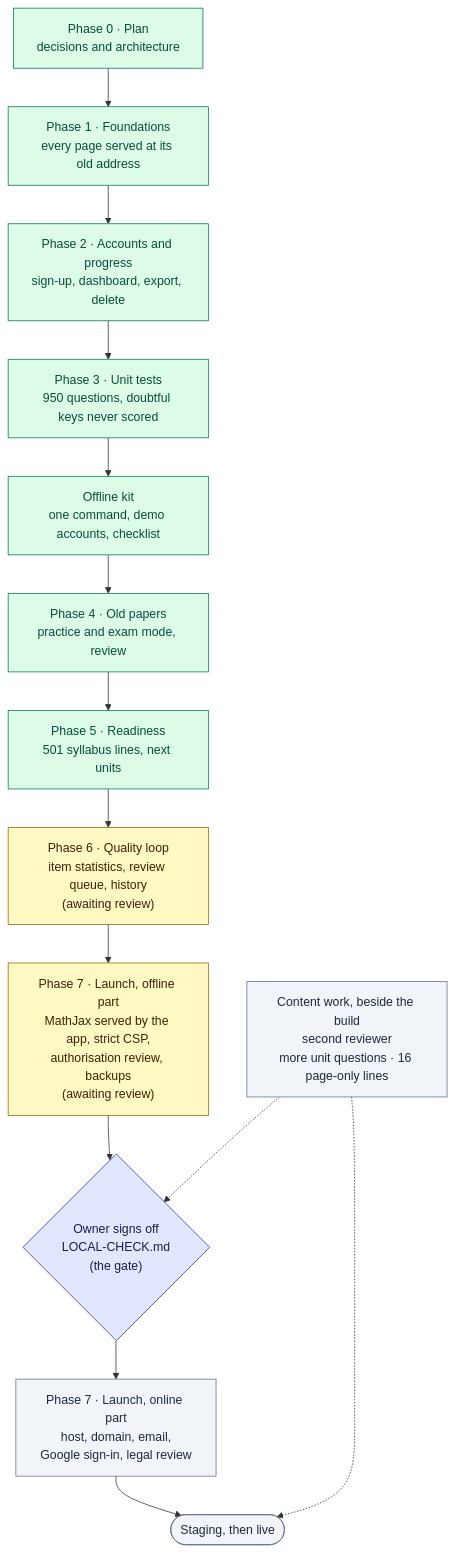
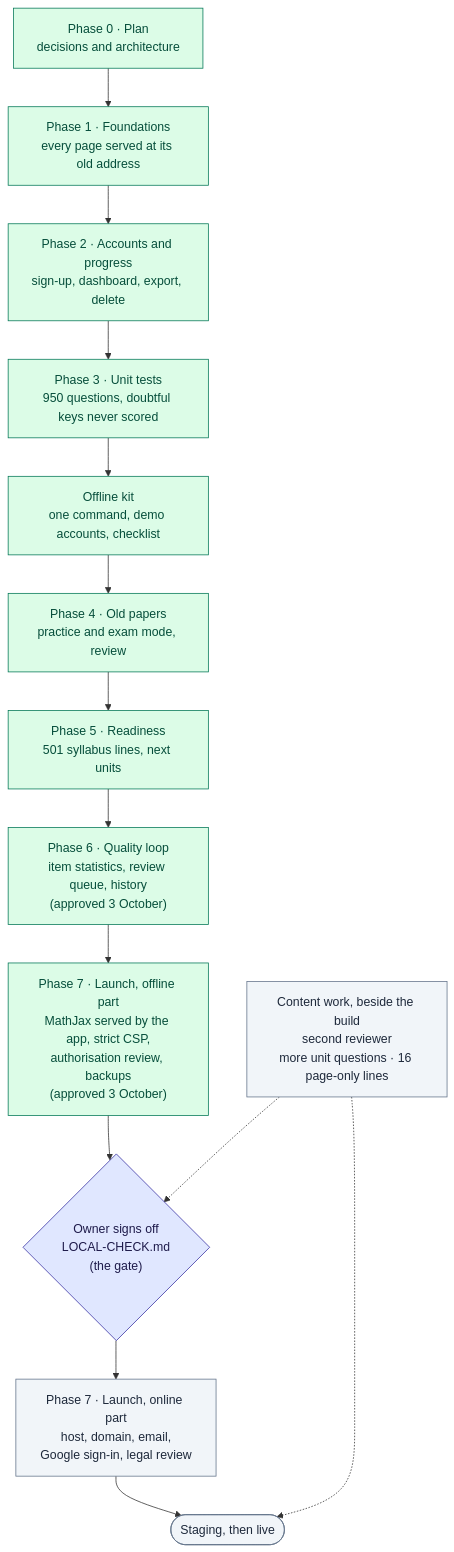
One commit to nrstatlab/planning-for-future changed the diagram in Webapp/PROJECT-STATUS.md. Above: the diagram before and after it, drawn with Mermaid. The commit also changed other lines of this file and 5 other files, not shown here.

First line of the commit message:
UGC NET Paper I approved by the owner (3 October 2026): all ten units live

````diff
--- a/Webapp/PROJECT-STATUS.md
+++ b/Webapp/PROJECT-STATUS.md
@@ -21,22 +21,22 @@
 ```mermaid
 flowchart TB
   P0["Phase 0 · Plan<br/>decisions and architecture"]:::done --> P1
   P1["Phase 1 · Foundations<br/>every page served at its old address"]:::done --> P2
   P2["Phase 2 · Accounts and progress<br/>sign-up, dashboard, export, delete"]:::done --> P3
   P3["Phase 3 · Unit tests<br/>950 questions, doubtful keys never scored"]:::done --> KIT
   KIT["Offline kit<br/>one command, demo accounts, checklist"]:::done --> P4
   P4["Phase 4 · Old papers<br/>practice and exam mode, review"]:::done --> P5
   P5["Phase 5 · Readiness<br/>501 syllabus lines, next units"]:::done --> P6
-  P6["Phase 6 · Quality loop<br/>item statistics, review queue, history<br/>(awaiting review)"]:::review --> P7A
-  P7A["Phase 7 · Launch, offline part<br/>MathJax served by the app, strict CSP,<br/>authorisation review, backups<br/>(awaiting review)"]:::review --> SIGN
+  P6["Phase 6 · Quality loop<br/>item statistics, review queue, history<br/>(approved 3 October)"]:::done --> P7A
+  P7A["Phase 7 · Launch, offline part<br/>MathJax served by the app, strict CSP,<br/>authorisation review, backups<br/>(approved 3 October)"]:::done --> SIGN
   SIGN{"Owner signs off<br/>LOCAL-CHECK.md<br/>(the gate)"}:::gate --> P7B
   P7B["Phase 7 · Launch, online part<br/>host, domain, email,<br/>Google sign-in, legal review"]:::todo --> LIVE
   LIVE(["Staging, then live"]):::todo
   C["Content work, beside the build<br/>second reviewer<br/>more unit questions · 16 page-only lines"]:::todo -.-> SIGN
   C -.-> LIVE
 
   classDef done fill:#dcfce7,stroke:#047857,color:#064e3b
   classDef review fill:#fef9c3,stroke:#a16207,color:#422006
   classDef gate fill:#e0e7ff,stroke:#3730a3,color:#1e1b4b
   classDef todo fill:#f1f5f9,stroke:#64748b,color:#1e293b
 ```
````
